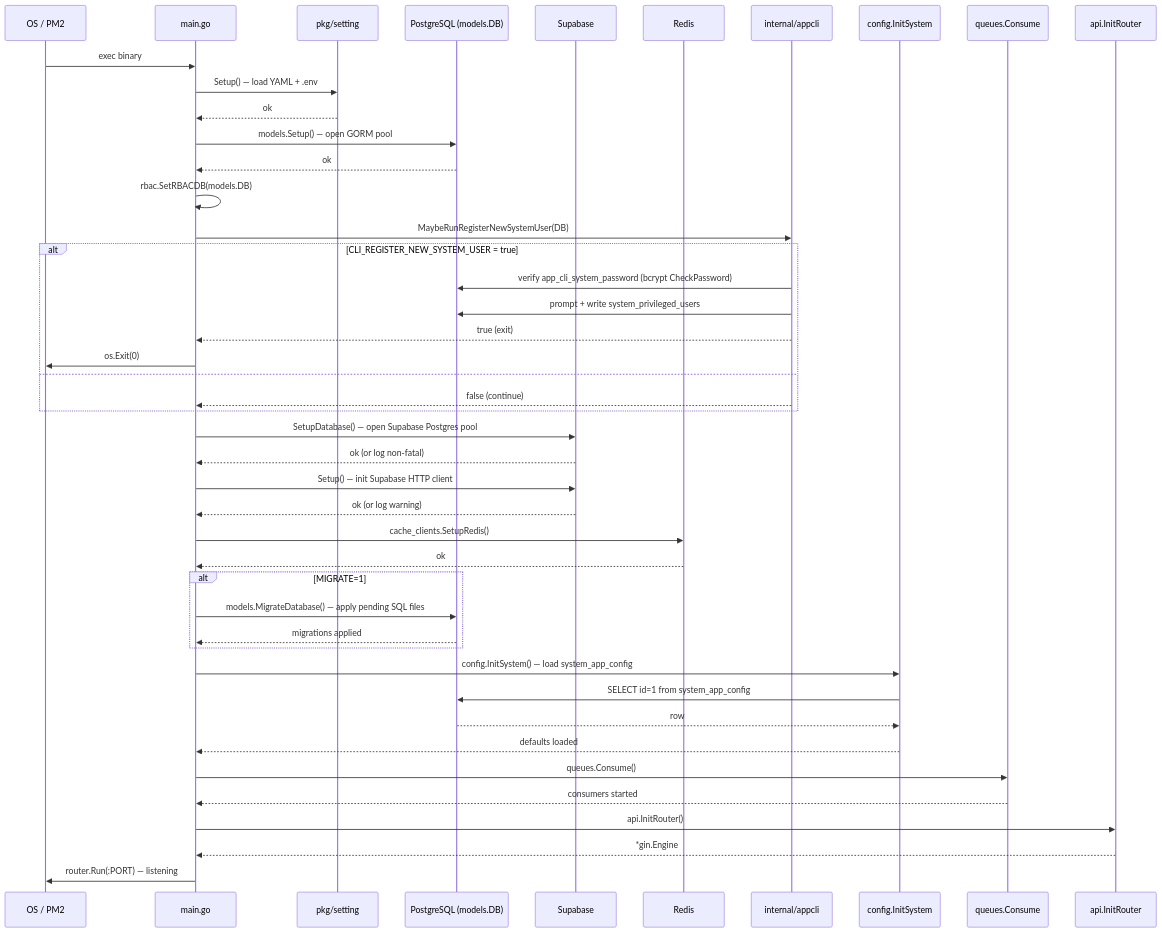
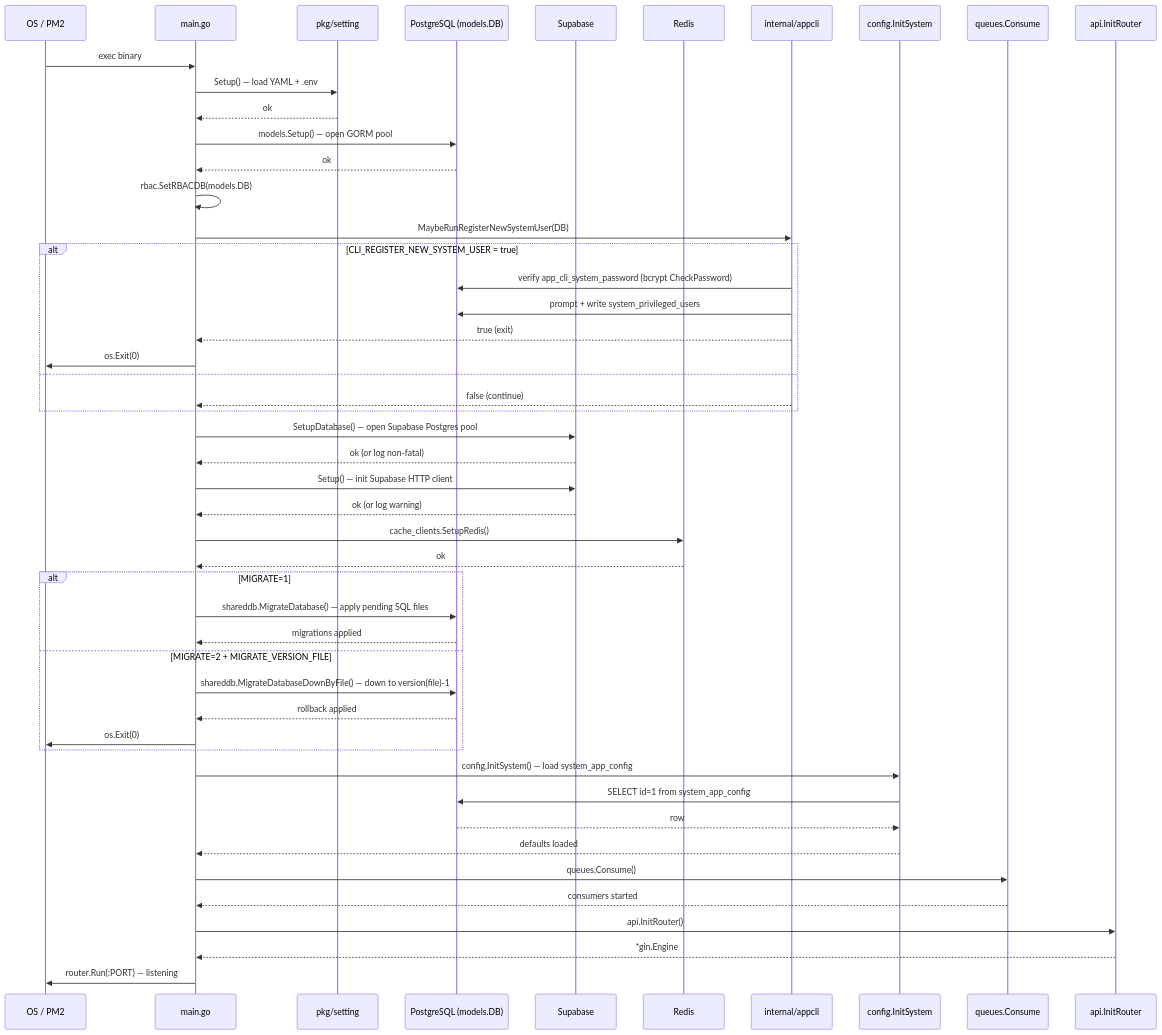
The first of 24 diagrams in docs/sequence_diagrams.md (lkienkle11/be-mycourse), drawn with Mermaid before and after one commit. The commit also changed 7 other files, not shown here.

Commit message:
docs: sync migrate down env mode docs

````diff
--- a/docs/sequence_diagrams.md
+++ b/docs/sequence_diagrams.md
@@ -52,56 +52,60 @@
 ```mermaid
 sequenceDiagram
     participant OS as OS / PM2
     participant Main as main.go
     participant Setting as pkg/setting
     participant DB as PostgreSQL (models.DB)
     participant Supa as Supabase
     participant Redis as Redis
     participant CLI as internal/appcli
     participant Config as config.InitSystem
     participant Queue as queues.Consume
     participant Router as api.InitRouter
 
     OS->>Main: exec binary
     Main->>Setting: Setup() — load YAML + .env
     Setting-->>Main: ok
 
     Main->>DB: models.Setup() — open GORM pool
     DB-->>Main: ok
     Main->>Main: rbac.SetRBACDB(models.DB)
 
     Main->>CLI: MaybeRunRegisterNewSystemUser(DB)
     alt CLI_REGISTER_NEW_SYSTEM_USER = true
         CLI->>DB: verify app_cli_system_password (bcrypt CheckPassword)
         CLI->>DB: prompt + write system_privileged_users
         CLI-->>Main: true (exit)
         Main->>OS: os.Exit(0)
     else
         CLI-->>Main: false (continue)
     end
 
     Main->>Supa: SetupDatabase() — open Supabase Postgres pool
     Supa-->>Main: ok (or log non-fatal)
     Main->>Supa: Setup() — init Supabase HTTP client
     Supa-->>Main: ok (or log warning)
 
     Main->>Redis: cache_clients.SetupRedis()
     Redis-->>Main: ok
 
     alt MIGRATE=1
-        Main->>DB: models.MigrateDatabase() — apply pending SQL files
+        Main->>DB: shareddb.MigrateDatabase() — apply pending SQL files
         DB-->>Main: migrations applied
+    else MIGRATE=2 + MIGRATE_VERSION_FILE
+        Main->>DB: shareddb.MigrateDatabaseDownByFile() — down to version(file)-1
+        DB-->>Main: rollback applied
+        Main->>OS: os.Exit(0)
     end
 
     Main->>Config: config.InitSystem() — load system_app_config
     Config->>DB: SELECT id=1 from system_app_config
     DB-->>Config: row
     Config-->>Main: defaults loaded
 
     Main->>Queue: queues.Consume()
     Queue-->>Main: consumers started
 
     Main->>Router: api.InitRouter()
     Router-->>Main: *gin.Engine
     Main->>OS: router.Run(:PORT) — listening
 ```
````
